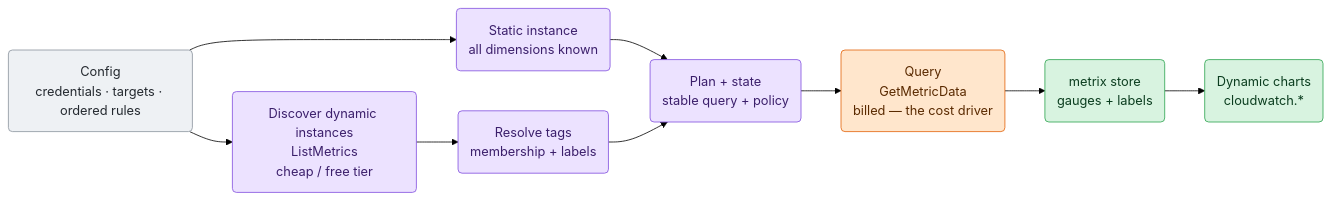
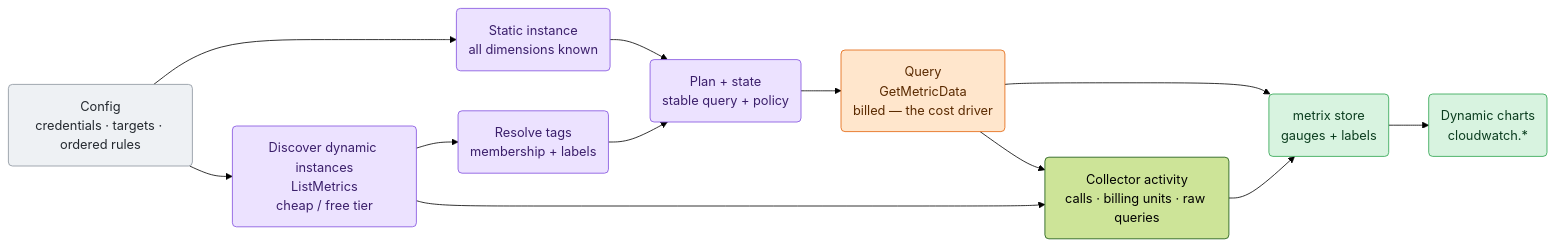
Before and after one commit to netdata/netdata: the first of 3 diagrams in src/go/plugin/go.d/collector/cloudwatch/ARCHITECTURE.md, drawn with Mermaid (forest theme). The commit also changed other lines of this file and 18 other files, not shown here.

Commit message:
feat(cloudwatch): expose collector activity metrics

````diff
--- a/src/go/plugin/go.d/collector/cloudwatch/ARCHITECTURE.md
+++ b/src/go/plugin/go.d/collector/cloudwatch/ARCHITECTURE.md
@@ -39,24 +39,27 @@
 ```mermaid
 flowchart LR
     cfg("Config<br/>credentials · targets · ordered rules")
     static("Static instance<br/>all dimensions known")
     disc("Discover dynamic instances<br/>ListMetrics<br/>cheap / free tier")
     tags("Resolve tags<br/>membership + labels")
     plan("Plan + state<br/>stable query + policy")
     query("Query<br/>GetMetricData<br/>billed — the cost driver")
+    activity("Collector activity<br/>calls · billing units · raw queries")
     store("metrix store<br/>gauges + labels")
     charts("Dynamic charts<br/>cloudwatch.*")
 
     cfg --> static --> plan
     cfg --> disc --> tags --> plan --> query --> store --> charts
+    disc --> activity --> store
+    query --> activity
 
     classDef input fill:#eef1f4,stroke:#8b949e,color:#24292f;
     classDef sched fill:#ece2ff,stroke:#8250df,color:#3b1f6b;
     classDef effect fill:#ffe6cc,stroke:#e36209,color:#5a2a00;
     classDef commit fill:#d8f3e0,stroke:#2da44e,color:#0b3d1f;
 
     class cfg input
     class static,disc,tags,plan sched
     class query effect
     class store,charts commit
 ```
````
